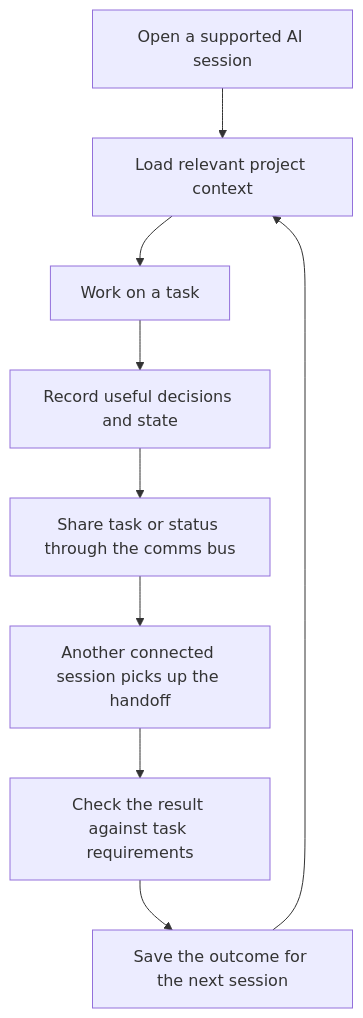
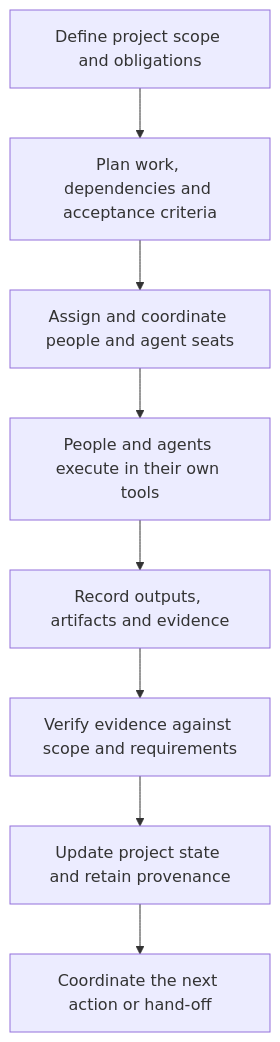
Before and after one commit to mgillr/memev: the second of 2 diagrams in README.md, drawn with Mermaid. The commit also changed other lines of this file, not shown here.

Commit message:
docs: lead README with governed work and verification

````diff
--- a/README.md
+++ b/README.md
@@ -104,11 +104,10 @@
 ```mermaid
 flowchart TD
-    a["Open a supported AI session"] --> b["Load relevant project context"]
-    b --> c["Work on a task"]
-    c --> d["Record useful decisions and state"]
-    d --> e["Share task or status through the comms bus"]
-    e --> f["Another connected session picks up the handoff"]
-    f --> g["Check the result against task requirements"]
-    g --> h["Save the outcome for the next session"]
-    h --> b
+    a["Define project scope and obligations"] --> b["Plan work, dependencies and acceptance criteria"]
+    b --> c["Assign and coordinate people and agent seats"]
+    c --> d["People and agents execute in their own tools"]
+    d --> e["Record outputs, artifacts and evidence"]
+    e --> f["Verify evidence against scope and requirements"]
+    f --> g["Update project state and retain provenance"]
+    g --> h["Coordinate the next action or hand-off"]
 ```
````
